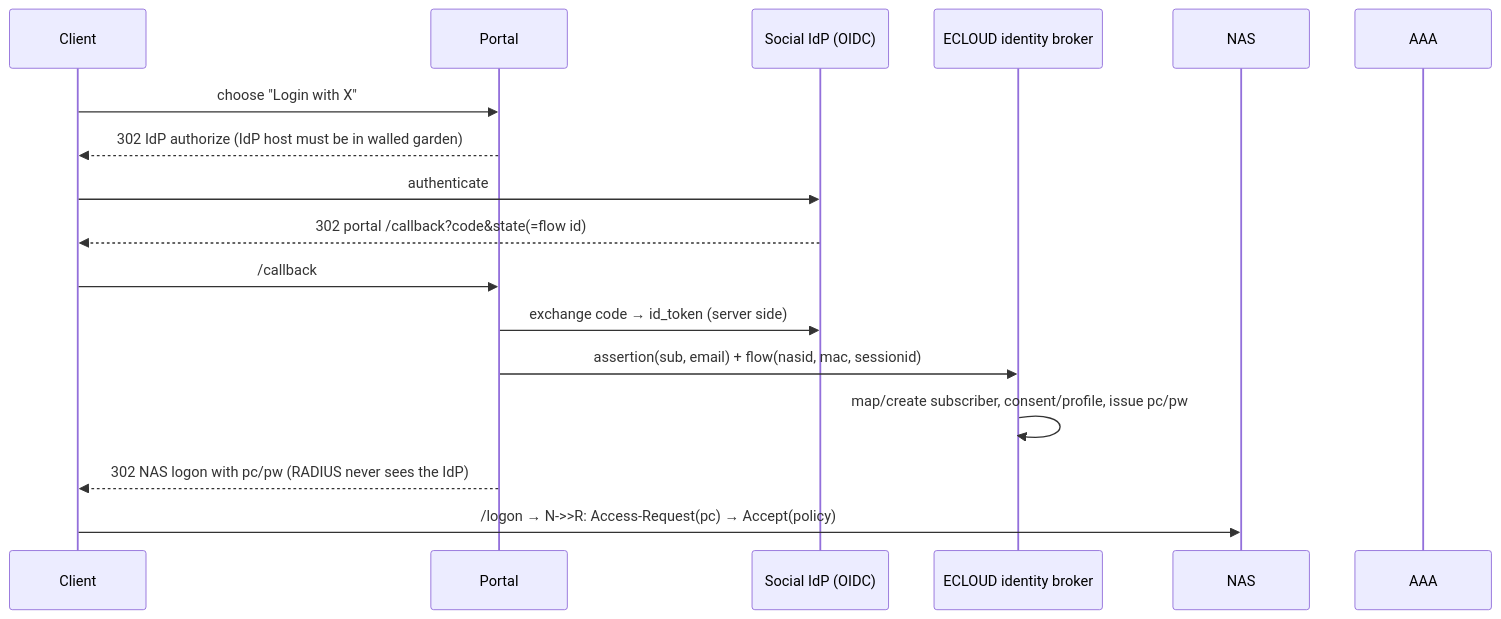
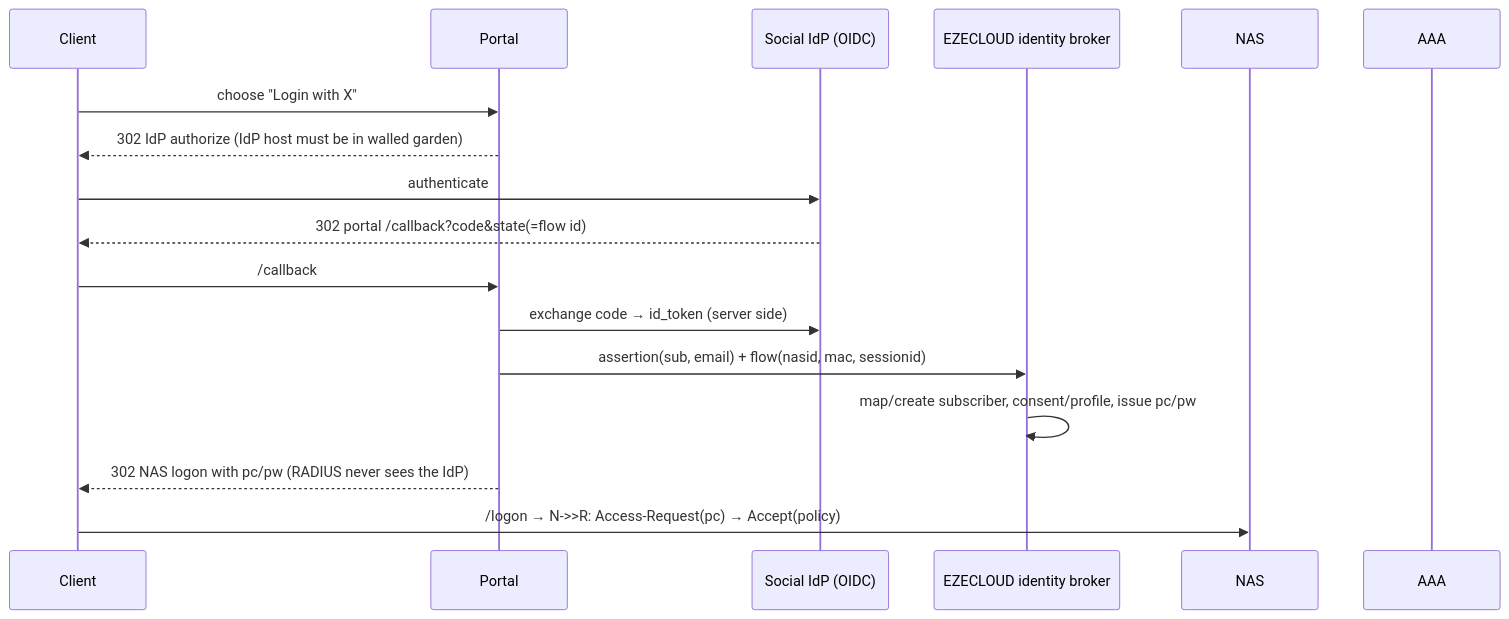
One commit to dannymagat/ecloud changed the fourth of 5 diagrams in CAPTIVE_PORTAL_ARCHITECTURE.md. Above: the diagram before and after it, drawn with Mermaid. The commit also changed other lines of this file and 211 other files, not shown here.

First line of the commit message:
Rename product name ECLOUD to EZECLOUD in text, UI and docs

````diff
--- a/CAPTIVE_PORTAL_ARCHITECTURE.md
+++ b/CAPTIVE_PORTAL_ARCHITECTURE.md
@@ -276,19 +276,19 @@
 ```mermaid
 sequenceDiagram
   participant C as Client
   participant P as Portal
   participant IdP as Social IdP (OIDC)
-  participant E as ECLOUD identity broker
+  participant E as EZECLOUD identity broker
   participant N as NAS
   participant R as AAA
   C->>P: choose "Login with X"
   P-->>C: 302 IdP authorize (IdP host must be in walled garden)
   C->>IdP: authenticate
   IdP-->>C: 302 portal /callback?code&state(=flow id)
   C->>P: /callback
   P->>IdP: exchange code → id_token (server side)
   P->>E: assertion(sub, email) + flow(nasid, mac, sessionid)
   E->>E: map/create subscriber, consent/profile, issue pc/pw
   P-->>C: 302 NAS logon with pc/pw (RADIUS never sees the IdP)
   C->>N: /logon → N->>R: Access-Request(pc) → Accept(policy)
 ```
````
